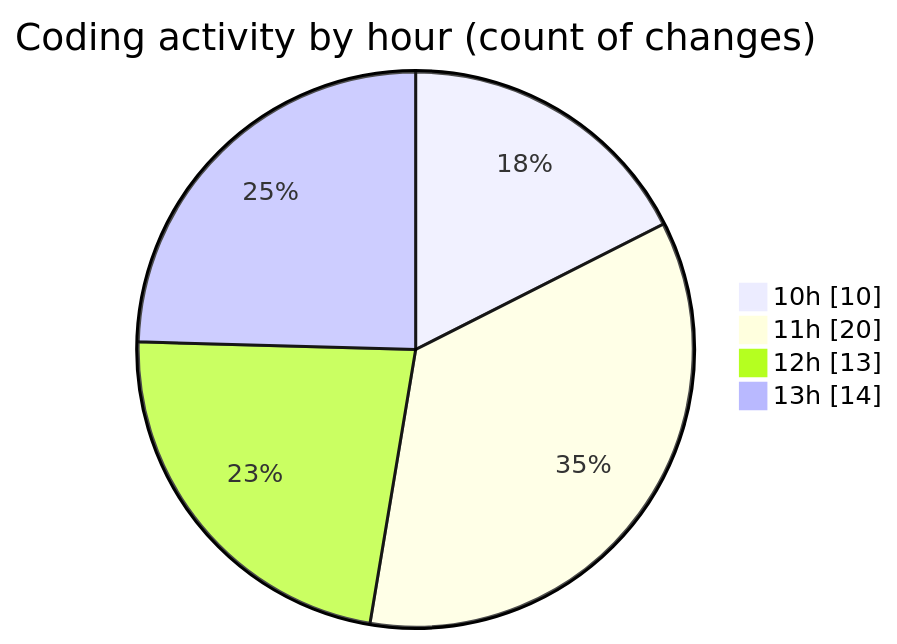
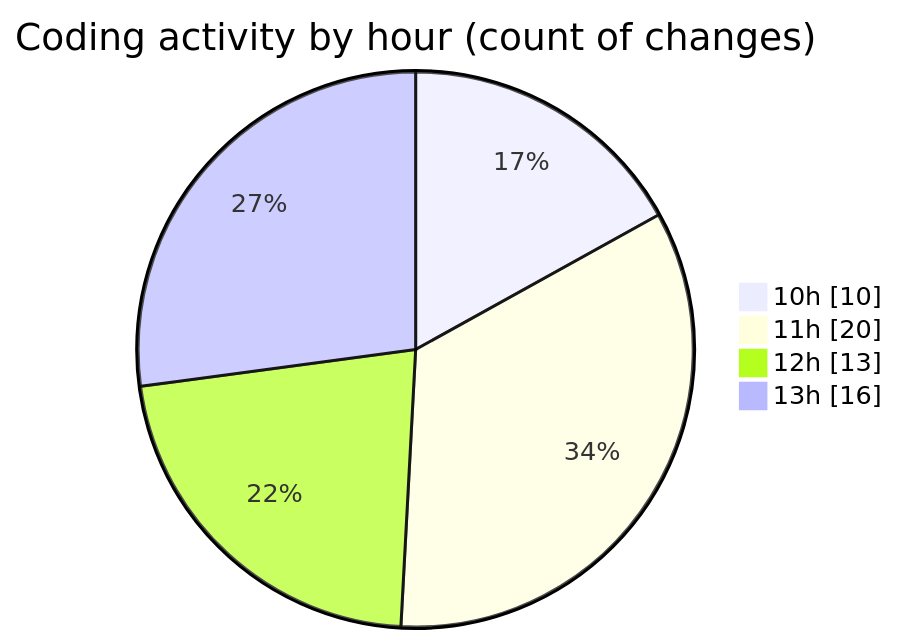
The second of 2 diagrams in 2025-03-31/jsvms/README.md (BS-eng2023/code-tracking), drawn with Mermaid before and after one commit. The commit also changed other lines of this file and 1 other file, not shown here.

````diff
--- a/2025-03-31/jsvms/README.md
+++ b/2025-03-31/jsvms/README.md
@@ -49,8 +49,8 @@
 ```mermaid
 pie showData
 title Coding activity by hour (count of changes)
 "10h" : 10
 "11h" : 20
 "12h" : 13
-"13h" : 14
+"13h" : 16
 ```
````
